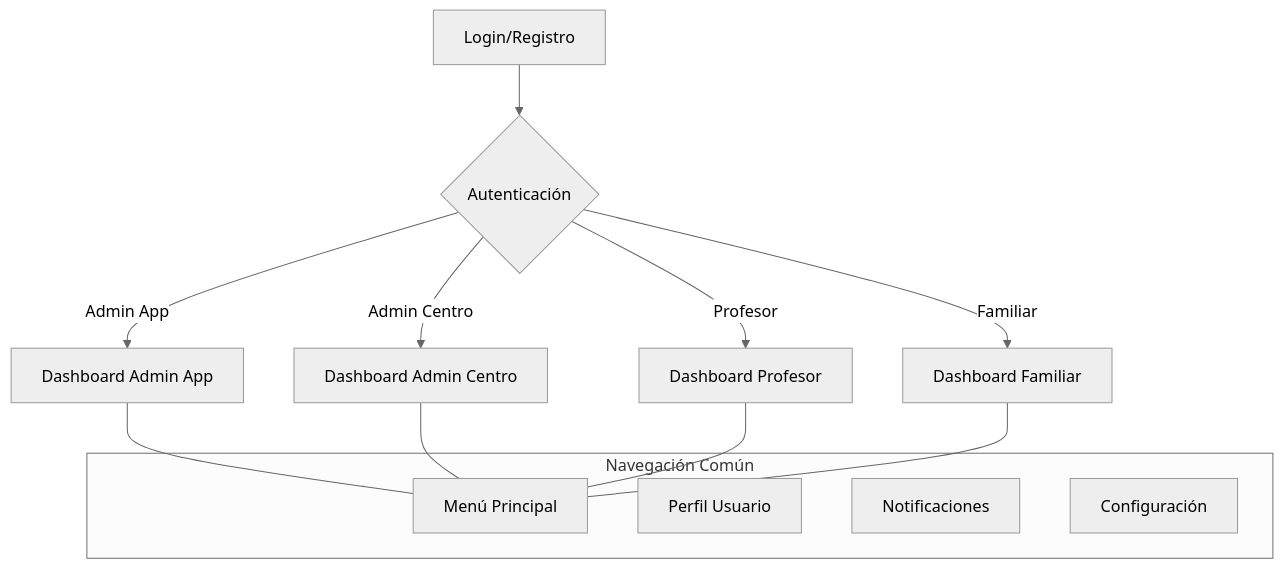
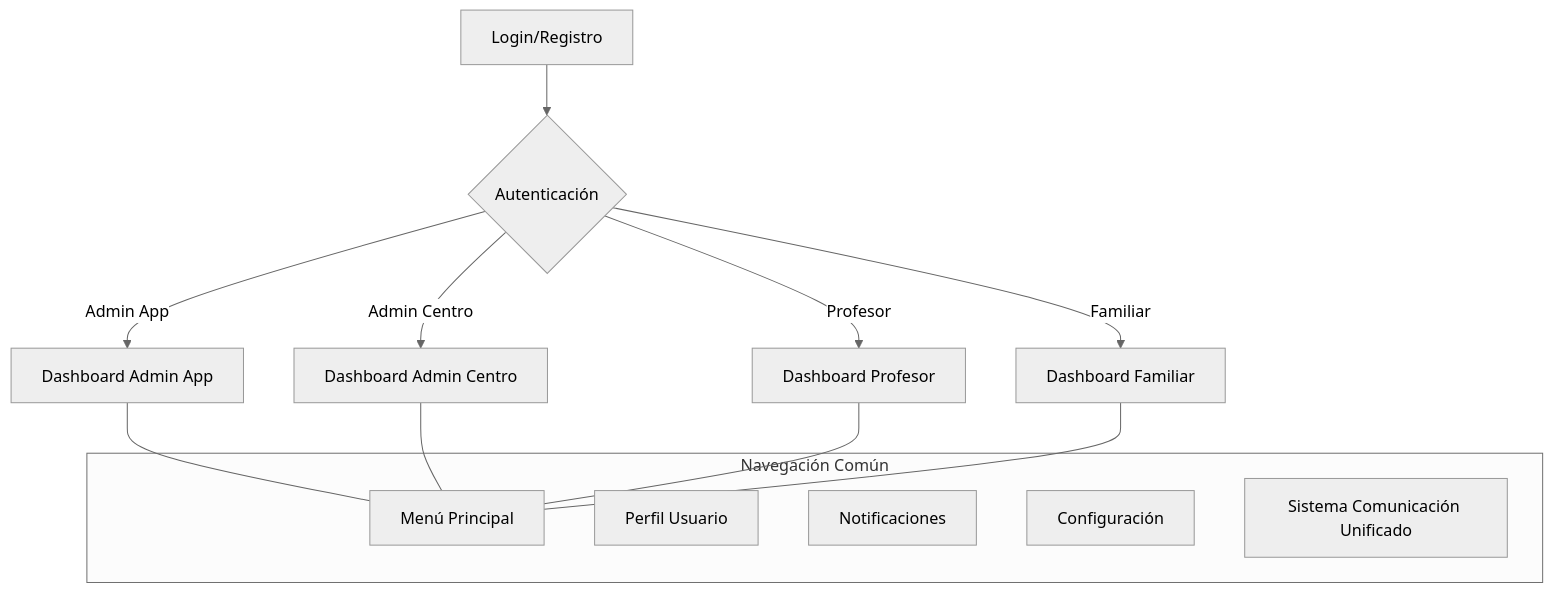
Before and after one commit to Nojabeach/UmeEgunero: the first of 6 diagrams in docs/Manual_Usuario.md, drawn with Mermaid (neutral theme). The commit also changed other lines of this file and 112 other files, not shown here.

````diff
--- a/docs/Manual_Usuario.md
+++ b/docs/Manual_Usuario.md
@@ -104,17 +103,18 @@
 ```mermaid
 flowchart TD
     Login[Login/Registro] --> Auth{Autenticación}
     Auth -->|Admin App| AdminApp[Dashboard Admin App]
     Auth -->|Admin Centro| AdminCentro[Dashboard Admin Centro]
     Auth -->|Profesor| Profesor[Dashboard Profesor]
     Auth -->|Familiar| Familiar[Dashboard Familiar]
     
     subgraph "Navegación Común"
         NavComun[Menú Principal]
         Perfil[Perfil Usuario]
         Notif[Notificaciones]
         Ajustes[Configuración]
+        ComUnif[Sistema Comunicación Unificado]
     end
     
     AdminApp & AdminCentro & Profesor & Familiar --- NavComun
 ```
````
